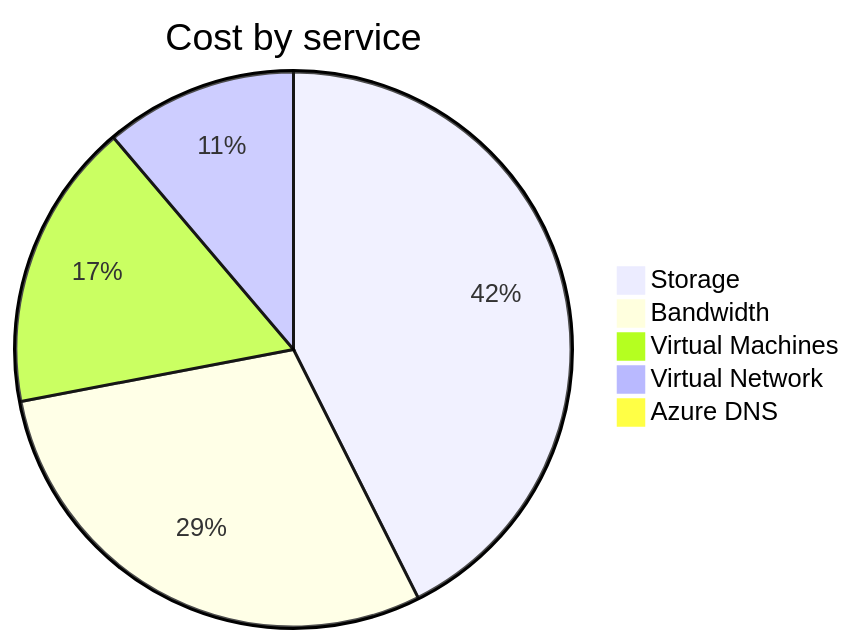
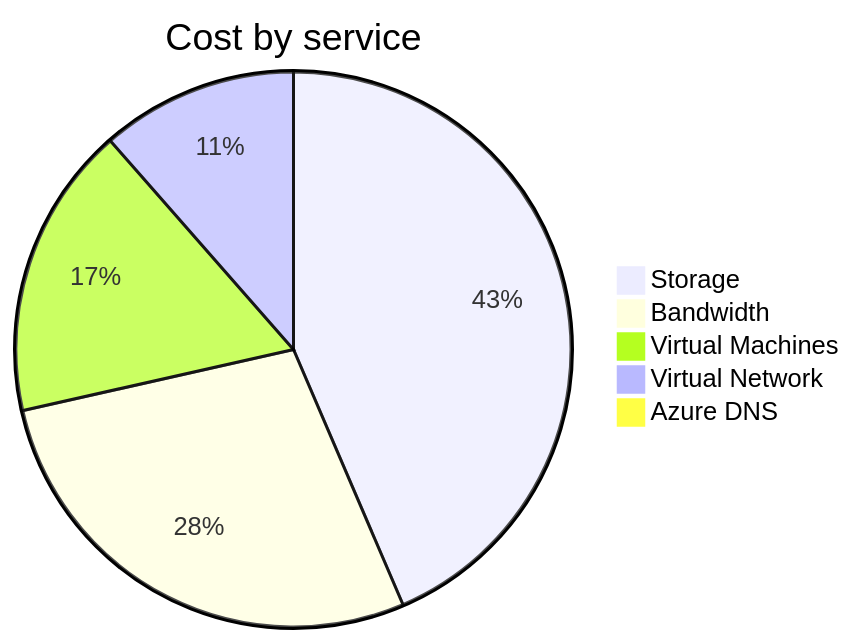
The second of 4 diagrams in cost-reports/personal-network/README.md (jpfulton/azure-personal-reports), drawn with Mermaid before and after one commit. The commit also changed other lines of this file and 8 other files, not shown here.

````diff
--- a/cost-reports/personal-network/README.md
+++ b/cost-reports/personal-network/README.md
@@ -95,9 +95,9 @@
 ```mermaid
 pie
    title Cost by service
-   "Storage" : 11.82
+   "Storage" : 12.73
    "Bandwidth" : 8.16
-   "Virtual Machines" : 4.66
-   "Virtual Network" : 3.11
-   "Azure DNS" : 0.21
+   "Virtual Machines" : 4.99
+   "Virtual Network" : 3.35
+   "Azure DNS" : 0.23
 ```
````
